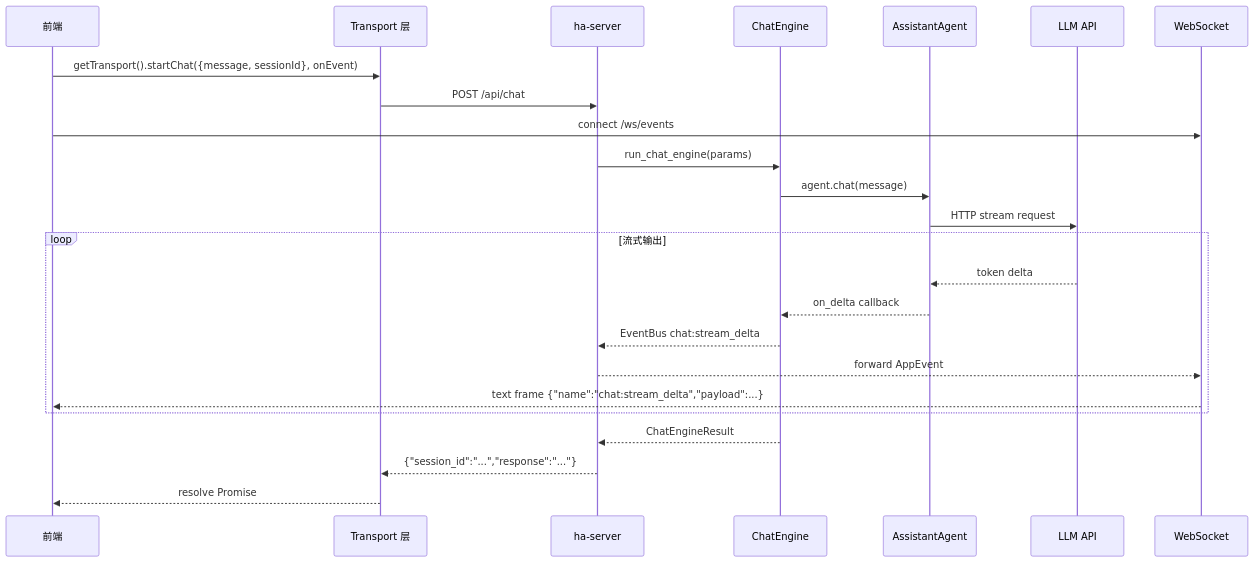
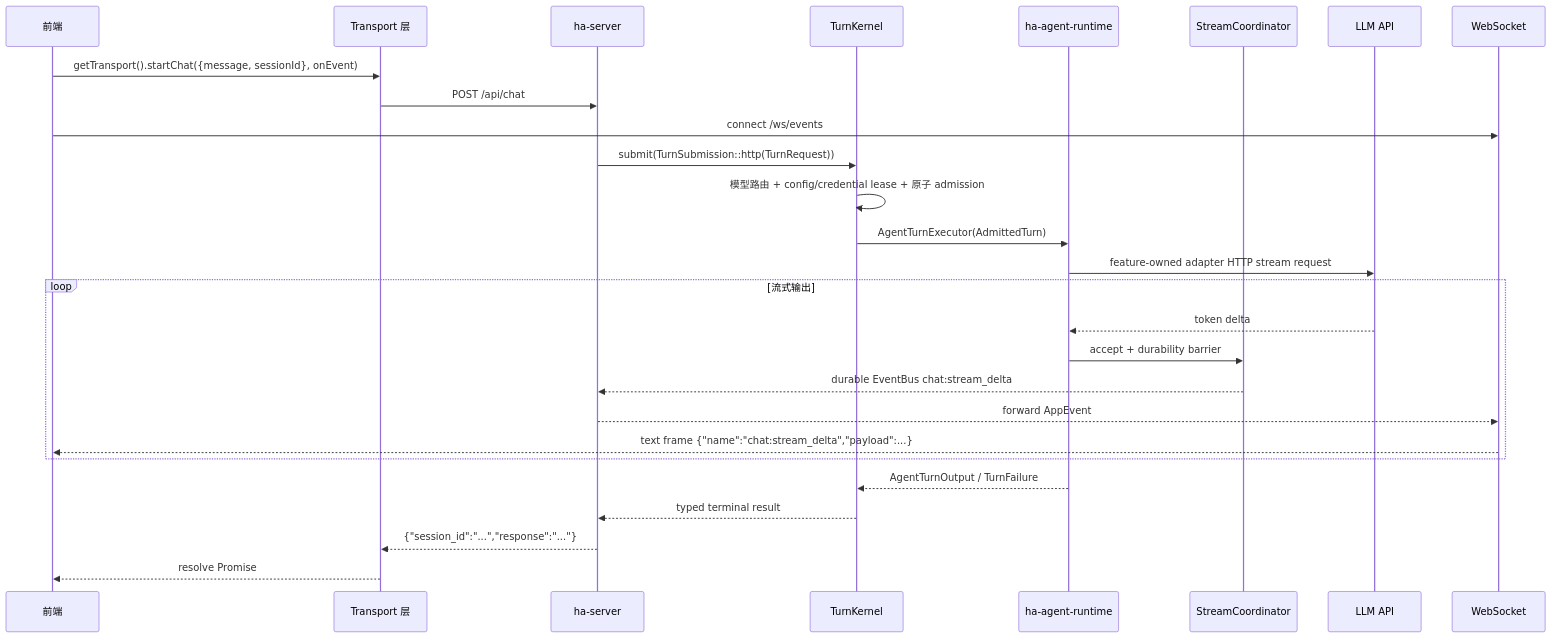
One commit to shiwenwen/hope-agent changed the sixth of 6 diagrams in docs/architecture/system/backend-separation.md. Above: the diagram before and after it, drawn with Mermaid. The commit also changed other lines of this file and 230 other files, not shown here.

Commit message:
🦭 refactor: converge agent kernel and execution runtimes

````diff
--- a/docs/architecture/system/backend-separation.md
+++ b/docs/architecture/system/backend-separation.md
@@ -695,30 +706,33 @@
 ```mermaid
 sequenceDiagram
     participant FE as 前端
     participant T as Transport 层
     participant S as ha-server
-    participant CE as ChatEngine
-    participant Agent as AssistantAgent
+    participant K as TurnKernel
+    participant R as ha-agent-runtime
+    participant D as StreamCoordinator
     participant LLM as LLM API
     participant WS as WebSocket
 
     FE->>T: getTransport().startChat({message, sessionId}, onEvent)
     T->>S: POST /api/chat
     FE->>WS: connect /ws/events
 
-    S->>CE: run_chat_engine(params)
-    CE->>Agent: agent.chat(message)
-    Agent->>LLM: HTTP stream request
+    S->>K: submit(TurnSubmission::http(TurnRequest))
+    K->>K: 模型路由 + config/credential lease + 原子 admission
+    K->>R: AgentTurnExecutor(AdmittedTurn)
+    R->>LLM: feature-owned adapter HTTP stream request
 
     loop 流式输出
-        LLM-->>Agent: token delta
-        Agent-->>CE: on_delta callback
-        CE-->>S: EventBus chat:stream_delta
+        LLM-->>R: token delta
+        R->>D: accept + durability barrier
+        D-->>S: durable EventBus chat:stream_delta
         S-->>WS: forward AppEvent
         WS-->>FE: text frame {"name":"chat:stream_delta","payload":...}
     end
 
-    CE-->>S: ChatEngineResult
+    R-->>K: AgentTurnOutput / TurnFailure
+    K-->>S: typed terminal result
     S-->>T: {"session_id":"...","response":"..."}
     T-->>FE: resolve Promise
 ```
````
